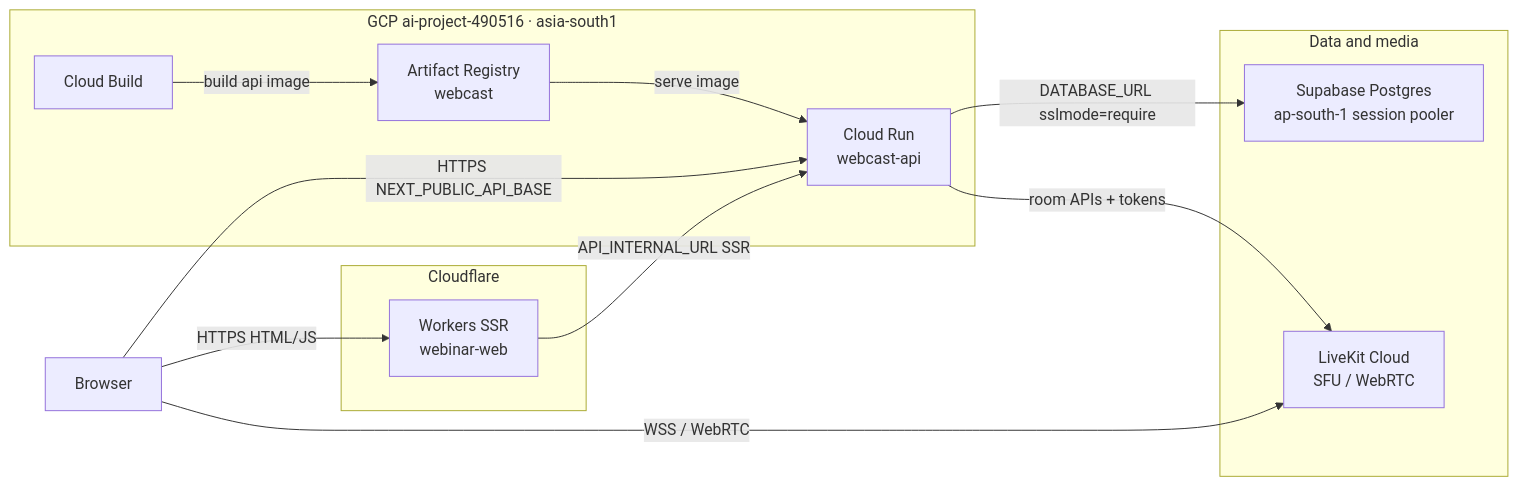
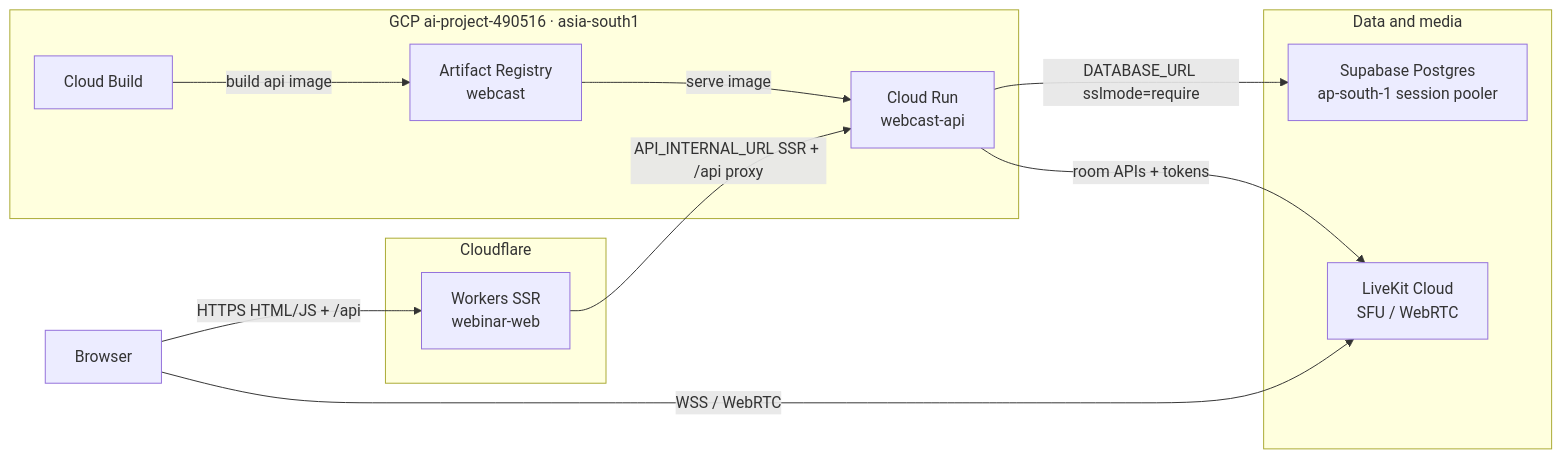
One commit to netesh3/webinar changed the first of 2 diagrams in docs/DEPLOYMENT-TOPOLOGY.md. Above: the diagram before and after it, drawn with Mermaid. The commit also changed other lines of this file and 8 other files, not shown here.

First line of the commit message:
Proxy /api through the Worker so session cookies stay first-party.

````diff
--- a/docs/DEPLOYMENT-TOPOLOGY.md
+++ b/docs/DEPLOYMENT-TOPOLOGY.md
@@ -30,28 +30,27 @@
 ```mermaid
 flowchart LR
   Browser["Browser"]
 
   subgraph cf [Cloudflare]
     Web["Workers SSR\nwebinar-web"]
   end
 
   subgraph gcp [GCP ai-project-490516 · asia-south1]
     Run["Cloud Run\nwebcast-api"]
     AR["Artifact Registry\nwebcast"]
     CB["Cloud Build"]
   end
 
   subgraph data [Data and media]
     SB["Supabase Postgres\nap-south-1 session pooler"]
     LK["LiveKit Cloud\nSFU / WebRTC"]
   end
 
-  Browser -->|"HTTPS HTML/JS"| Web
-  Browser -->|"HTTPS NEXT_PUBLIC_API_BASE"| Run
+  Browser -->|"HTTPS HTML/JS + /api"| Web
   Browser -->|"WSS / WebRTC"| LK
-  Web -->|"API_INTERNAL_URL SSR"| Run
+  Web -->|"API_INTERNAL_URL SSR + /api proxy"| Run
   Run -->|"DATABASE_URL sslmode=require"| SB
   Run -->|"room APIs + tokens"| LK
   CB -->|"build api image"| AR
   AR -->|"serve image"| Run
 ```
````
